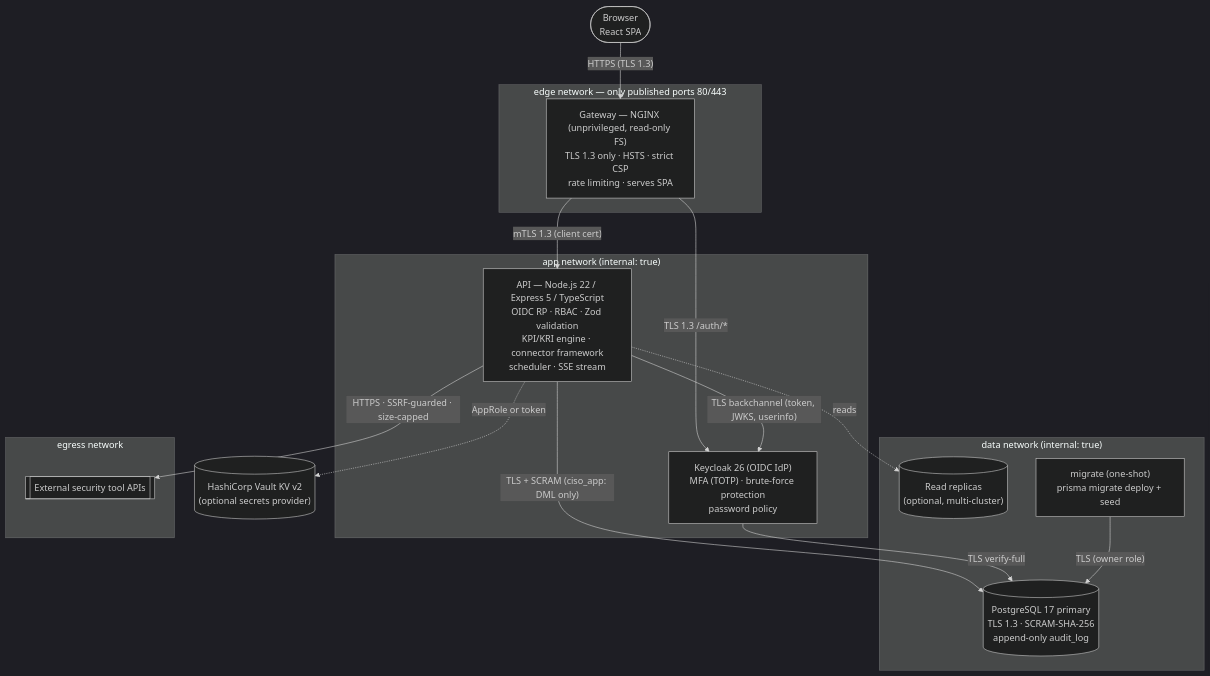
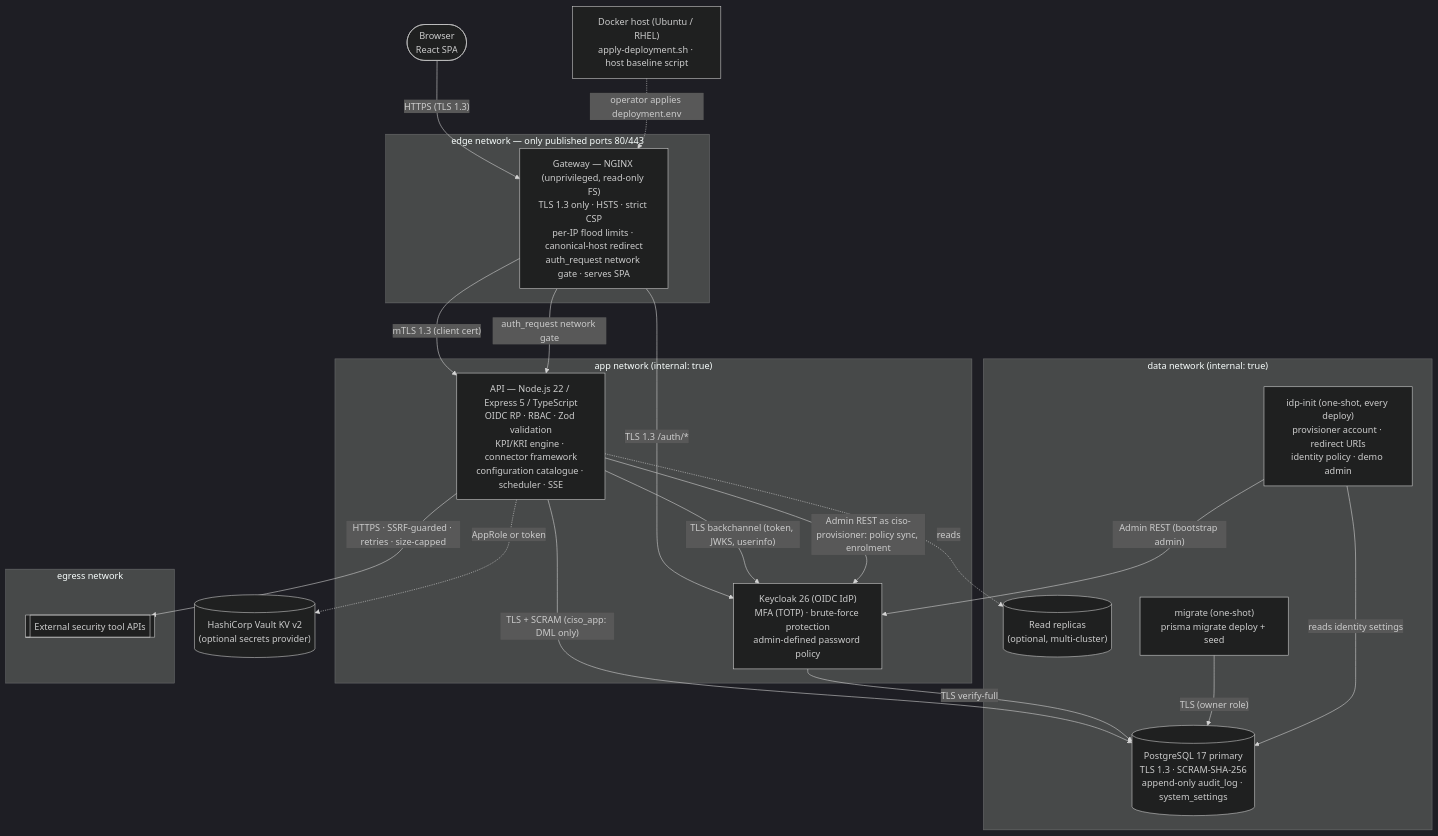
Before and after one commit to subas-007/CISO_DASHBOARD: the diagram in docs/diagrams/02-deployment-network-zones.mmd, drawn with Mermaid (dark theme). The commit also changed 99 other files, not shown here.

```diff
--- a/docs/diagrams/02-deployment-network-zones.mmd
+++ b/docs/diagrams/02-deployment-network-zones.mmd
@@ -1,34 +1,41 @@
 flowchart TB
     Browser([Browser<br/>React SPA])
 
     subgraph EDGE["edge network — only published ports 80/443"]
-        GW["Gateway — NGINX (unprivileged, read-only FS)<br/>TLS 1.3 only · HSTS · strict CSP<br/>rate limiting · serves SPA"]
+        GW["Gateway — NGINX (unprivileged, read-only FS)<br/>TLS 1.3 only · HSTS · strict CSP<br/>per-IP flood limits · canonical-host redirect<br/>auth_request network gate · serves SPA"]
     end
 
     subgraph APPNET["app network (internal: true)"]
-        API["API — Node.js 22 / Express 5 / TypeScript<br/>OIDC RP · RBAC · Zod validation<br/>KPI/KRI engine · connector framework<br/>scheduler · SSE stream"]
-        KC["Keycloak 26 (OIDC IdP)<br/>MFA (TOTP) · brute-force protection<br/>password policy"]
+        API["API — Node.js 22 / Express 5 / TypeScript<br/>OIDC RP · RBAC · Zod validation<br/>KPI/KRI engine · connector framework<br/>configuration catalogue · scheduler · SSE"]
+        KC["Keycloak 26 (OIDC IdP)<br/>MFA (TOTP) · brute-force protection<br/>admin-defined password policy"]
     end
 
     subgraph DATANET["data network (internal: true)"]
-        PG[("PostgreSQL 17 primary<br/>TLS 1.3 · SCRAM-SHA-256<br/>append-only audit_log")]
+        PG[("PostgreSQL 17 primary<br/>TLS 1.3 · SCRAM-SHA-256<br/>append-only audit_log · system_settings")]
         PGR[("Read replicas<br/>(optional, multi-cluster)")]
         MIG["migrate (one-shot)<br/>prisma migrate deploy + seed"]
+        IDPI["idp-init (one-shot, every deploy)<br/>provisioner account · redirect URIs<br/>identity policy · demo admin"]
     end
 
     subgraph EGRESS["egress network"]
         EXT[[External security tool APIs]]
     end
 
     VAULT[("HashiCorp Vault KV v2<br/>(optional secrets provider)")]
+    HOST["Docker host (Ubuntu / RHEL)<br/>apply-deployment.sh · host baseline script"]
 
     Browser -- "HTTPS (TLS 1.3)" --> GW
     GW -- "mTLS 1.3 (client cert)" --> API
+    GW -- "auth_request network gate" --> API
     GW -- "TLS 1.3 /auth/*" --> KC
     API -- "TLS backchannel (token, JWKS, userinfo)" --> KC
+    API -- "Admin REST as ciso-provisioner: policy sync, enrolment" --> KC
     API -- "TLS + SCRAM (ciso_app: DML only)" --> PG
     API -.->|reads| PGR
     KC -- "TLS verify-full" --> PG
     MIG -- "TLS (owner role)" --> PG
-    API -- "HTTPS · SSRF-guarded · size-capped" --> EXT
+    IDPI -- "Admin REST (bootstrap admin)" --> KC
+    IDPI -- "reads identity settings" --> PG
+    API -- "HTTPS · SSRF-guarded · retries · size-capped" --> EXT
     API -.->|AppRole or token| VAULT
+    HOST -.->|operator applies deployment.env| GW
```
